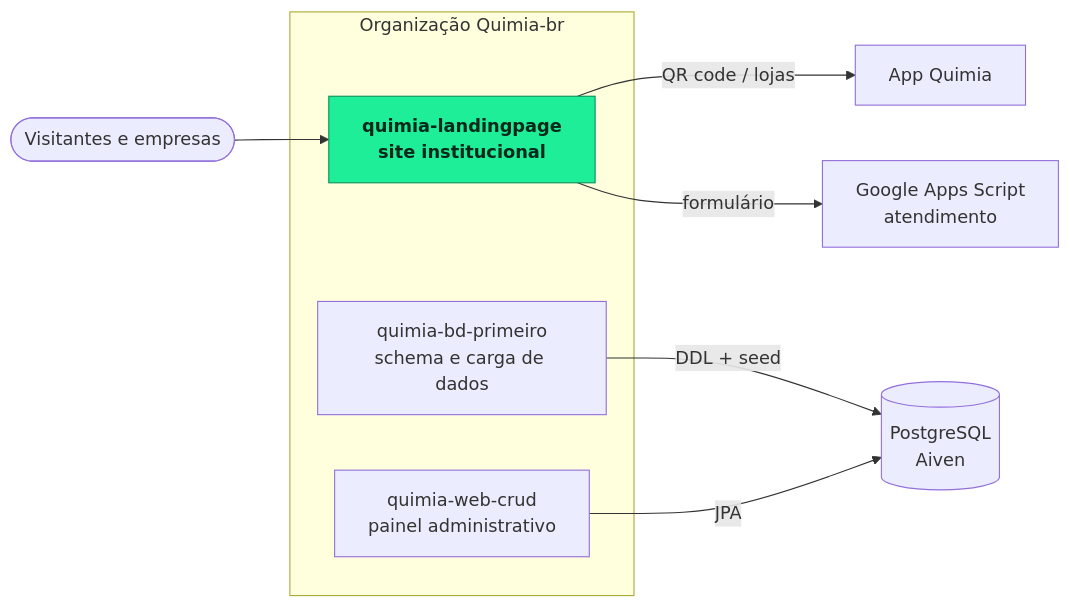
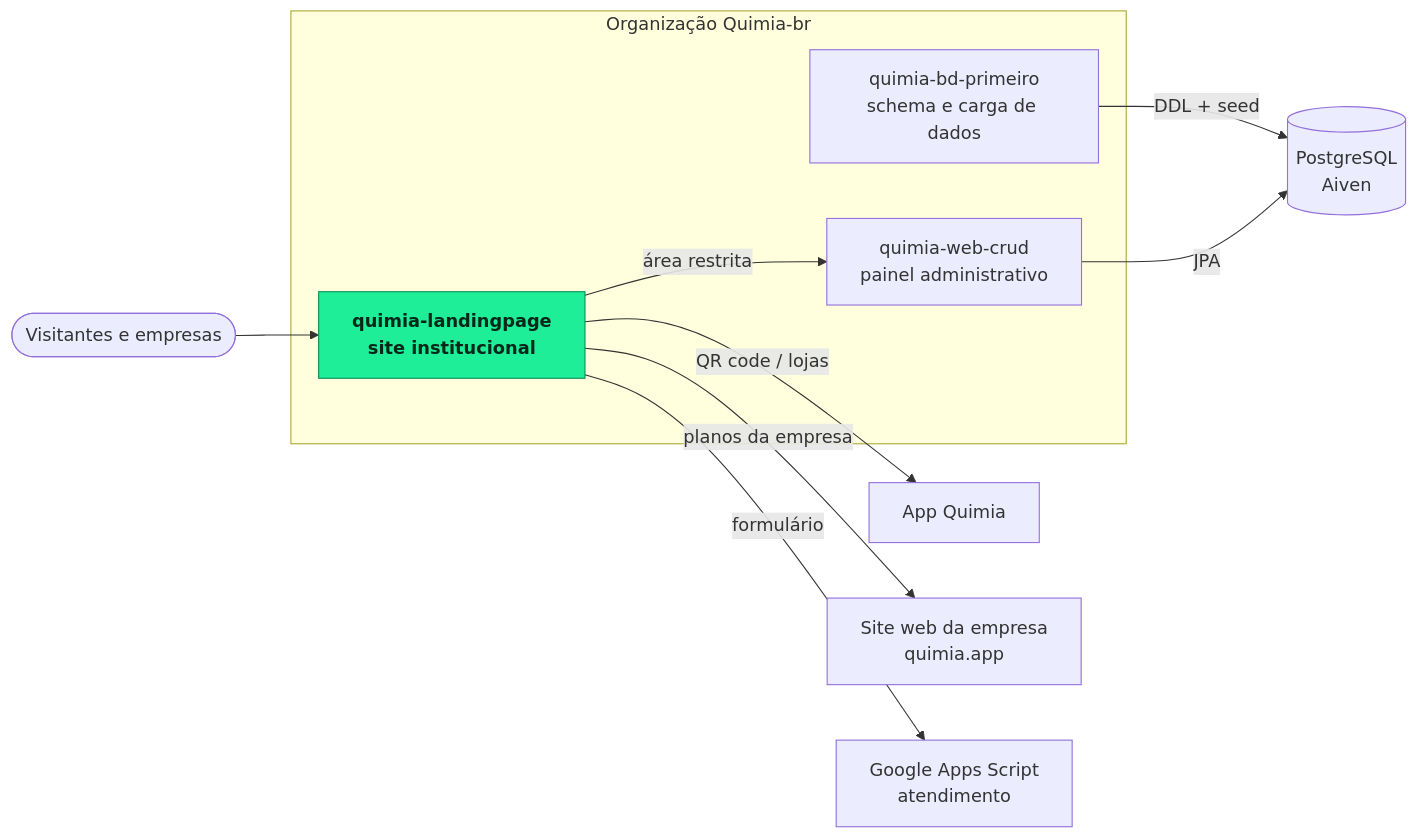
The first of 4 diagrams in README.md (Quimia-br/quimia-landingpage), drawn with Mermaid before and after one commit. The commit also changed other lines of this file, not shown here.

Commit message:
docs: show the company site and the admin panel in the README diagrams
The company landing sends the plan buttons to quimia.app and both landings link the restricted area to the admin panel, so both diagrams now show those paths. The long support label is split in two lines so the question mark no longer sits alone.

````diff
--- a/README.md
+++ b/README.md
@@ -78,22 +78,25 @@
 ```mermaid
 flowchart LR
     subgraph org["Organização Quimia-br"]
         LP["quimia-landingpage<br/>site institucional"]
         WEB["quimia-web-crud<br/>painel administrativo"]
         BD["quimia-bd-primeiro<br/>schema e carga de dados"]
     end
 
     DB[("PostgreSQL<br/>Aiven")]
     APP["App Quimia"]
+    SITE["Site web da empresa<br/>quimia.app"]
     VIS(["Visitantes e empresas"])
     GAS["Google Apps Script<br/>atendimento"]
 
     VIS --> LP
     LP -- "QR code / lojas" --> APP
+    LP -- "planos da empresa" --> SITE
+    LP -- "área restrita" --> WEB
     LP -- "formulário" --> GAS
     BD -- "DDL + seed" --> DB
     WEB -- "JPA" --> DB
 
     classDef atual fill:#1EEE97,stroke:#0b8f5a,color:#06281a,font-weight:bold
     class LP atual
 ```
````
